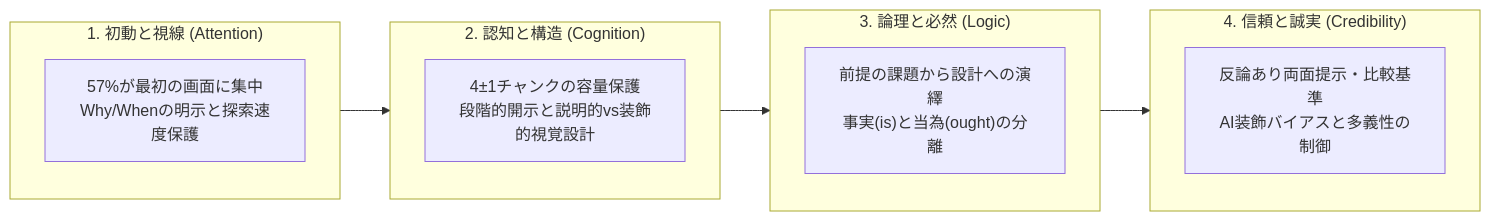
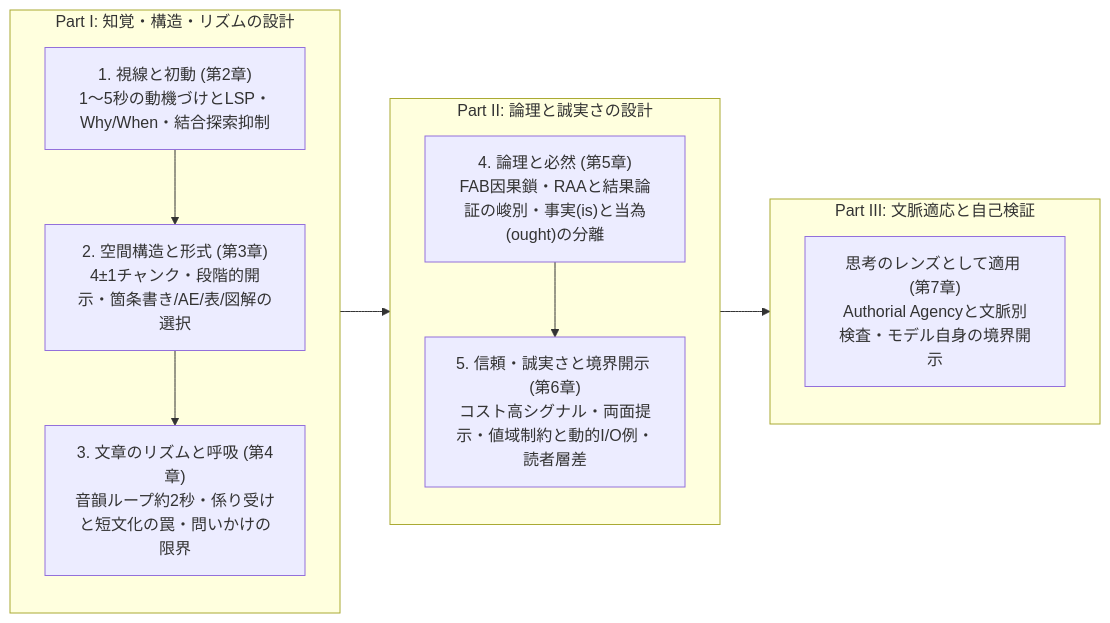
The diagram in PAPER.md (DovahkiinYuzuko/explorations-in-documentation), drawn with Mermaid before and after one commit. The commit also changed other lines of this file and 1 other file, not shown here.

````diff
--- a/PAPER.md
+++ b/PAPER.md
@@ -497,17 +789,21 @@
 ```mermaid
 flowchart LR
-    subgraph P1["1. 初動と視線 (Attention)"]
-        A1["57%が最初の画面に集中<br>Why/Whenの明示と探索速度保護"]
+    subgraph PART1["Part I: 知覚・構造・リズムの設計"]
+        direction TB
+        P1["1. 視線と初動 (第2章)<br>1〜5秒の動機づけとLSP・Why/When・結合探索抑制"]
+        P2["2. 空間構造と形式 (第3章)<br>4±1チャンク・段階的開示・箇条書き/AE/表/図解の選択"]
+        P3["3. 文章のリズムと呼吸 (第4章)<br>音韻ループ約2秒・係り受けと短文化の罠・問いかけの限界"]
+        P1 --> P2 --> P3
     end
-    subgraph P2["2. 認知と構造 (Cognition)"]
-        A2["4±1チャンクの容量保護<br>段階的開示と説明的vs装飾的視覚設計"]
+    subgraph PART2["Part II: 論理と誠実さの設計"]
+        direction TB
+        P4["4. 論理と必然 (第5章)<br>FAB因果鎖・RAAと結果論証の峻別・事実(is)と当為(ought)の分離"]
+        P5["5. 信頼・誠実さと境界開示 (第6章)<br>コスト高シグナル・両面提示・値域制約と動的I/O例・読者層差"]
+        P4 --> P5
     end
-    subgraph P3["3. 論理と必然 (Logic)"]
-        A3["前提の課題から設計への演繹<br>事実(is)と当為(ought)の分離"]
-    end
-    subgraph P4["4. 信頼と誠実 (Credibility)"]
-        A4["反論あり両面提示・比較基準<br>AI装飾バイアスと多義性の制御"]
+    subgraph PART3["Part III: 文脈適応と自己検証"]
+        P6["思考のレンズとして適用 (第7章)<br>Authorial Agencyと文脈別検査・モデル自身の境界開示"]
     end
 
-    P1 --> P2 --> P3 --> P4
+    PART1 --> PART2 --> PART3
 ```
````
